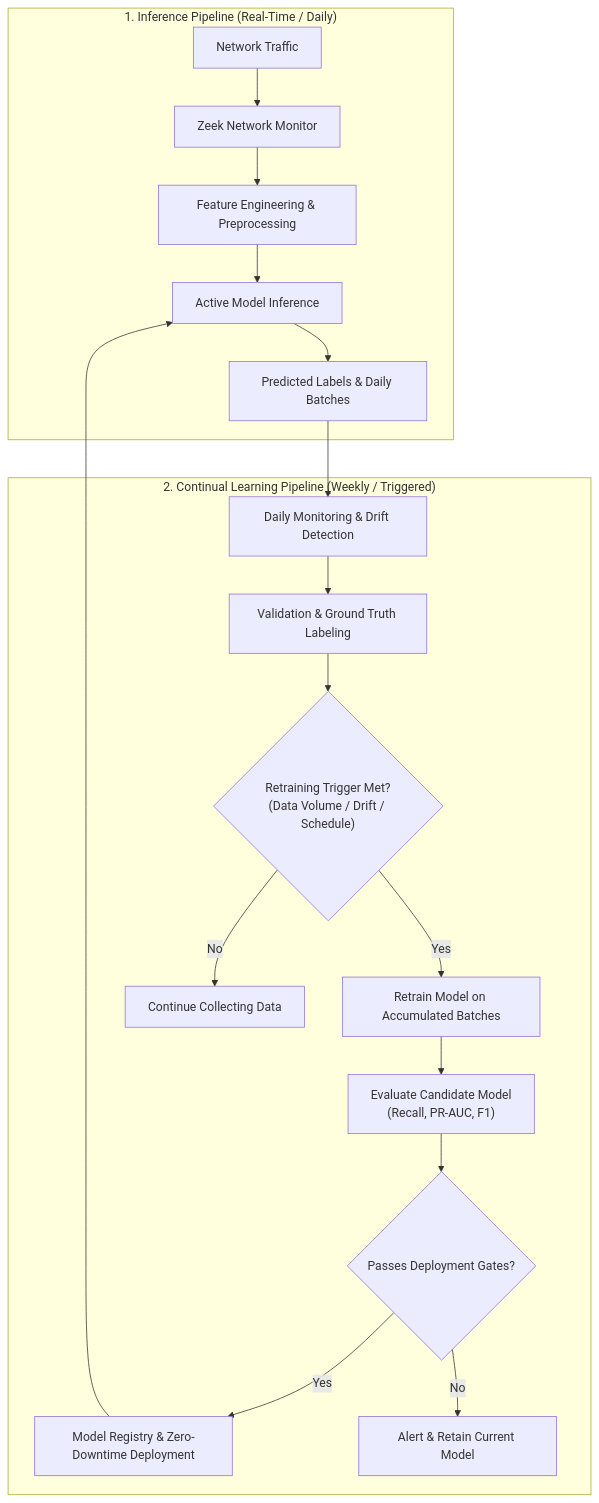
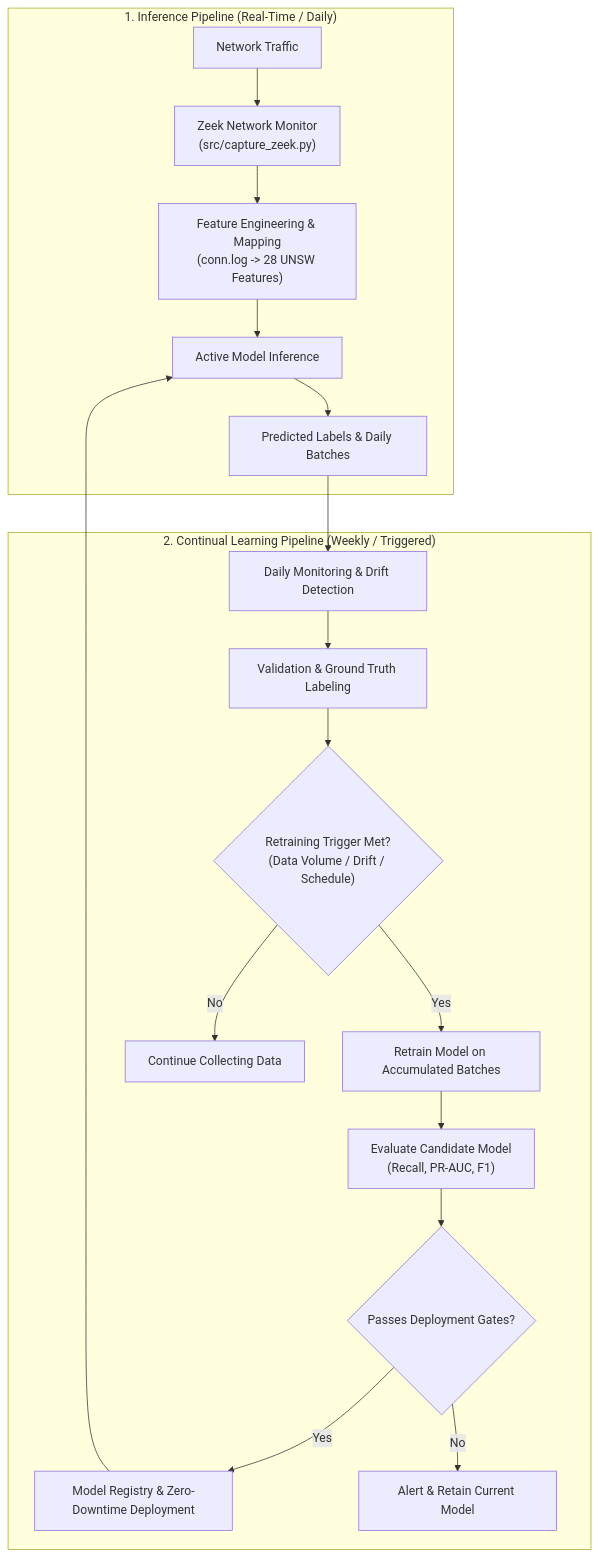
The diagram in README.md (xx-bot/MLOps-AdaptiveNIDS), drawn with Mermaid before and after one commit. The commit also changed other lines of this file, not shown here.

````diff
--- a/README.md
+++ b/README.md
@@ -35,22 +36,22 @@
 ```mermaid
 flowchart TD
     subgraph INFERENCE ["1. Inference Pipeline (Real-Time / Daily)"]
-        A["Network Traffic"] --> B["Zeek Network Monitor"]
-        B --> C["Feature Engineering & Preprocessing"]
+        A["Network Traffic"] --> B["Zeek Network Monitor<br/>(src/capture_zeek.py)"]
+        B --> C["Feature Engineering & Mapping<br/>(conn.log -> 28 UNSW Features)"]
         C --> D["Active Model Inference"]
         D --> E["Predicted Labels & Daily Batches"]
     end
 
     subgraph CONTINUAL ["2. Continual Learning Pipeline (Weekly / Triggered)"]
         E --> F["Daily Monitoring & Drift Detection"]
         F --> G["Validation & Ground Truth Labeling"]
         G --> H{"Retraining Trigger Met?<br/>(Data Volume / Drift / Schedule)"}
         H -- Yes --> I["Retrain Model on Accumulated Batches"]
         I --> J["Evaluate Candidate Model<br/>(Recall, PR-AUC, F1)"]
         J --> K{"Passes Deployment Gates?"}
         K -- Yes --> L["Model Registry & Zero-Downtime Deployment"]
         L --> D
         H -- No --> M["Continue Collecting Data"]
         K -- No --> N["Alert & Retain Current Model"]
     end
 ```
````
